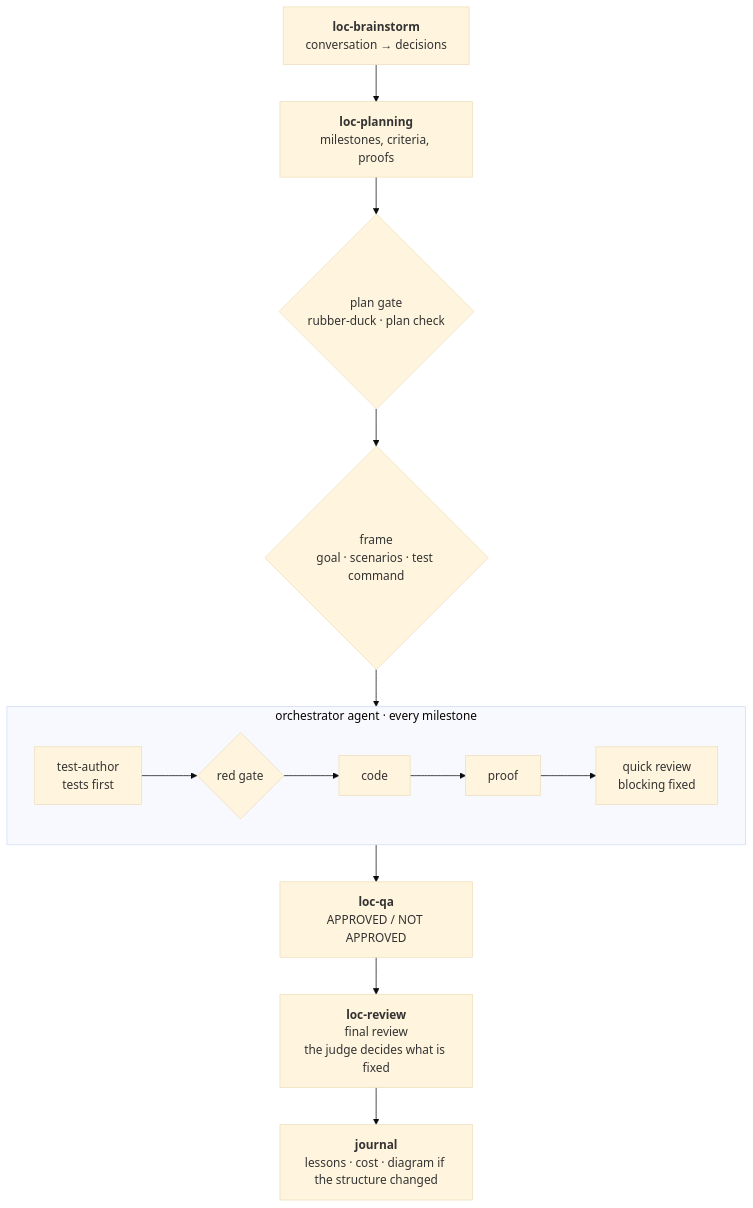
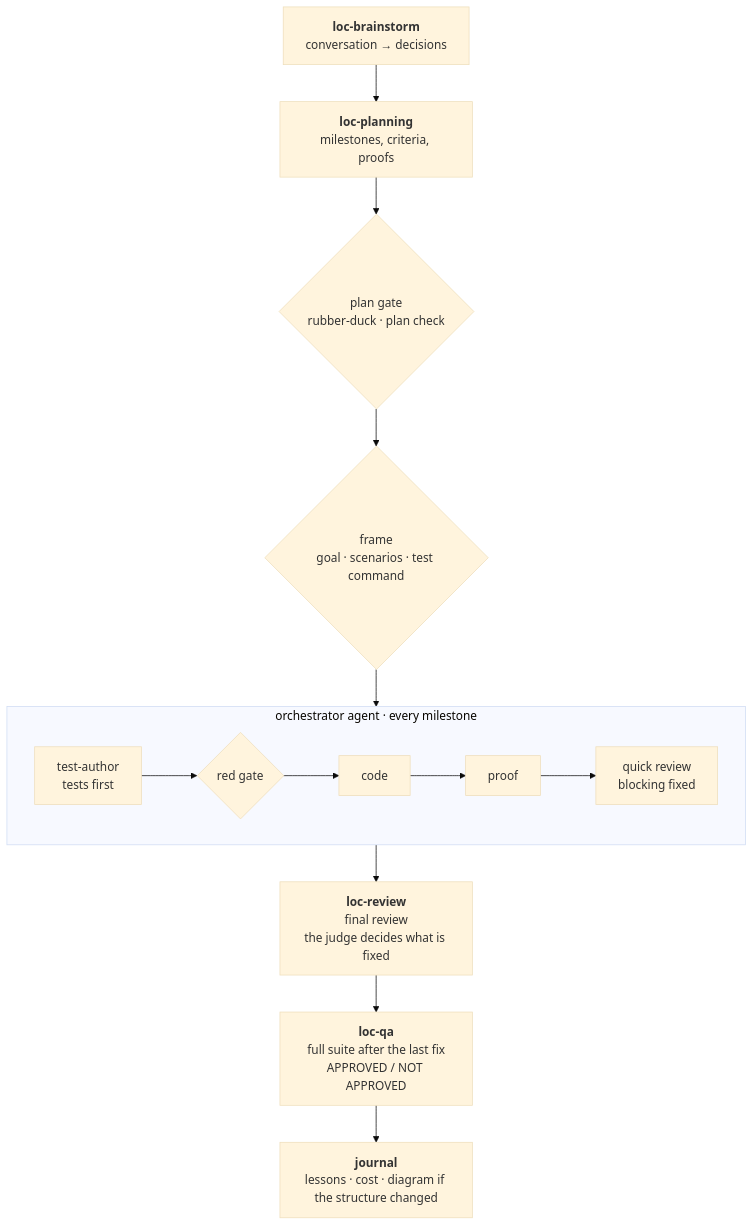
One commit to etobod/masterskills changed the diagram in README.md. Above: the diagram before and after it, drawn with Mermaid (base theme). The commit also changed other lines of this file, not shown here.

Commit message:
docs: README shows QA after the final review and the whole-suite review

````diff
--- a/README.md
+++ b/README.md
@@ -72,15 +72,15 @@
 ```mermaid
 flowchart TD
     A["<b>loc-brainstorm</b><br/>conversation → decisions"] --> B["<b>loc-planning</b><br/>milestones, criteria, proofs"]
     B --> G{"plan gate<br/>rubber-duck · plan check"}
     G --> F{"frame<br/>goal · scenarios · test command"}
     F --> M
     subgraph M["orchestrator agent · every milestone"]
         direction LR
         T["test-author<br/>tests first"] --> R{"red gate"}
         R --> C["code"] --> P["proof"] --> CR["quick review<br/>blocking fixed"]
     end
-    M --> Q["<b>loc-qa</b><br/>APPROVED / NOT APPROVED"]
-    Q --> RV["<b>loc-review</b><br/>final review<br/>the judge decides what is fixed"]
-    RV --> J["<b>journal</b><br/>lessons · cost · diagram if the structure changed"]
+    M --> RV["<b>loc-review</b><br/>final review<br/>the judge decides what is fixed"]
+    RV --> Q["<b>loc-qa</b><br/>full suite after the last fix<br/>APPROVED / NOT APPROVED"]
+    Q --> J["<b>journal</b><br/>lessons · cost · diagram if the structure changed"]
 ```
````
